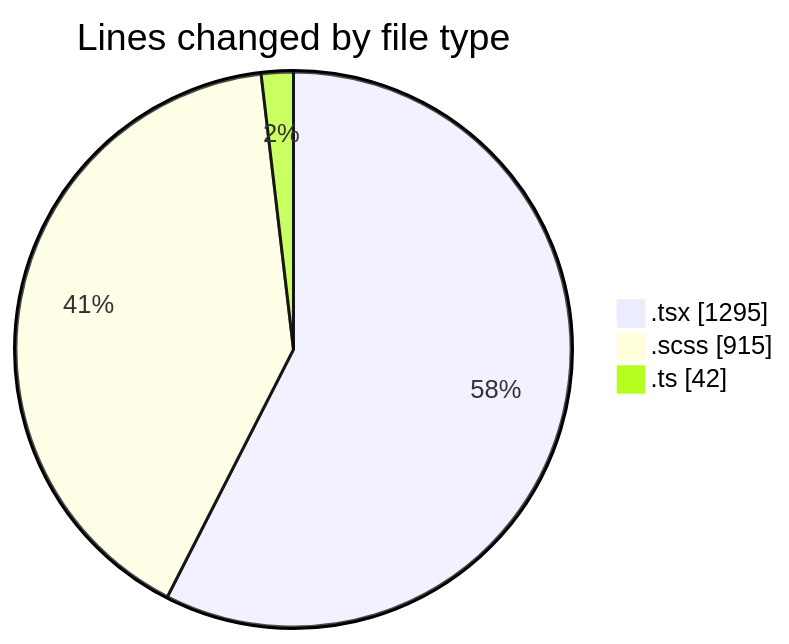
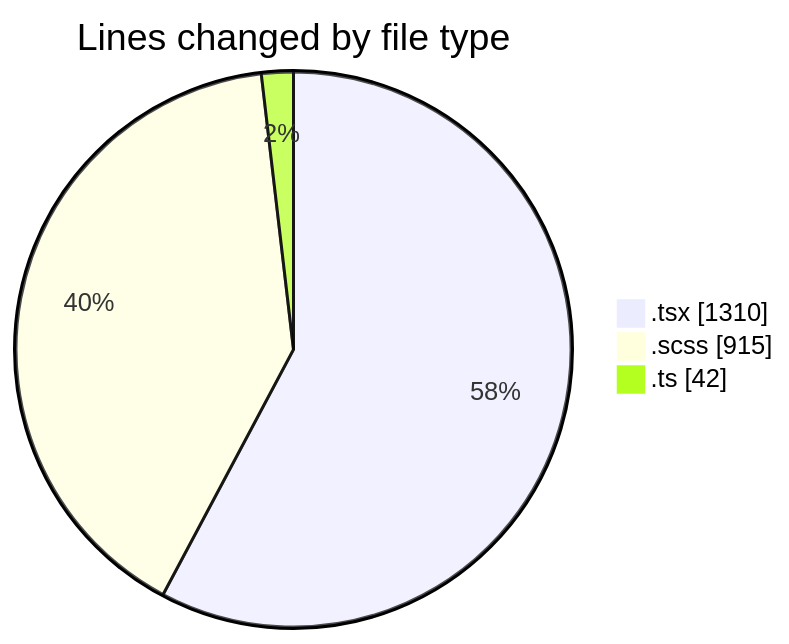
One commit to momahboobian/code-tracking changed the first of 2 diagrams in 2025-03-27/cda/README.md. Above: the diagram before and after it, drawn with Mermaid. The commit also changed other lines of this file and 1 other file, not shown here.

````diff
--- a/2025-03-27/cda/README.md
+++ b/2025-03-27/cda/README.md
@@ -29,7 +29,7 @@
 ```mermaid
 pie showData
 title Lines changed by file type
-".tsx" : 1295
+".tsx" : 1310
 ".scss" : 915
 ".ts" : 42
 ```
````
